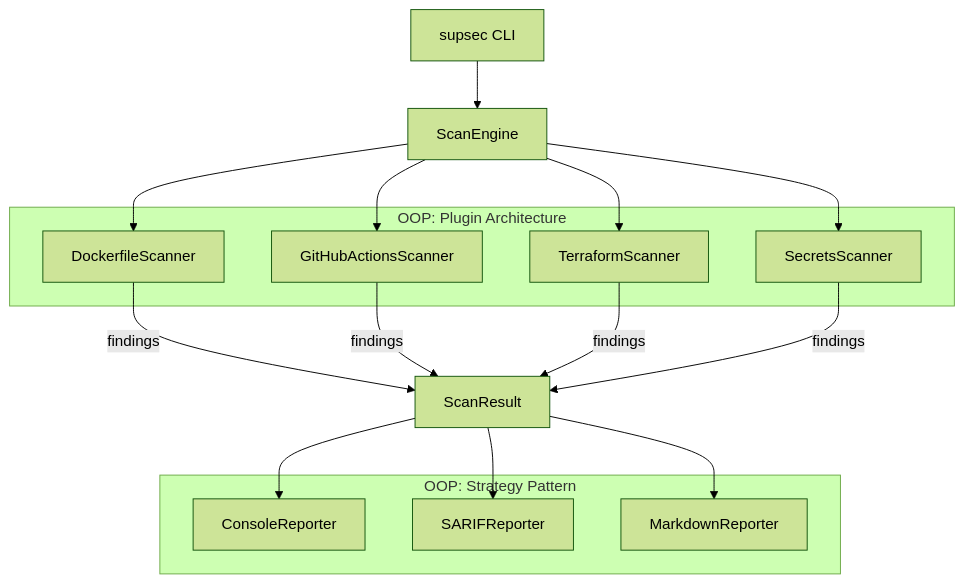
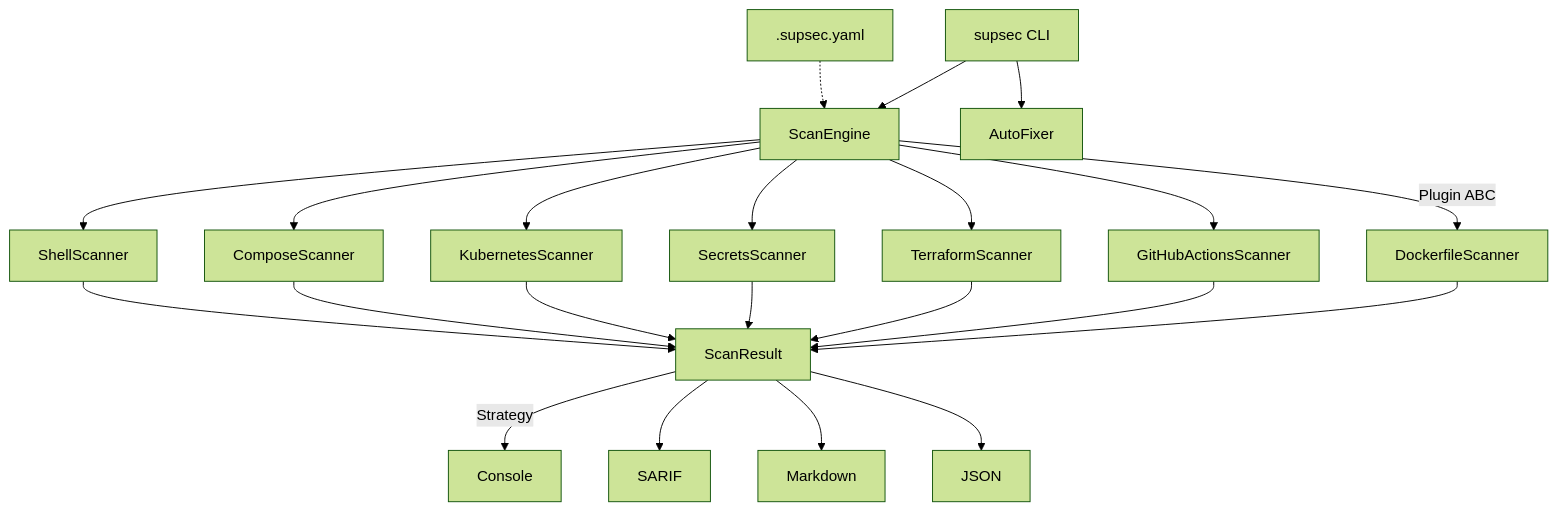
Before and after one commit to jmunozti/supSec: the diagram in README.md, drawn with Mermaid (forest theme). The commit also changed other lines of this file, not shown here.

````diff
--- a/README.md
+++ b/README.md
@@ -69,30 +60,18 @@
 ```mermaid
 flowchart TD
     CLI[supsec CLI] --> Engine[ScanEngine]
-    Engine --> DS[DockerfileScanner]
-    Engine --> GS[GitHubActionsScanner]
-    Engine --> TS[TerraformScanner]
-    Engine --> SS[SecretsScanner]
-
-    DS --> |findings| Result[ScanResult]
-    GS --> |findings| Result
-    TS --> |findings| Result
-    SS --> |findings| Result
-
-    Result --> CR[ConsoleReporter]
-    Result --> SR[SARIFReporter]
-    Result --> MR[MarkdownReporter]
-
-    subgraph "OOP: Plugin Architecture"
-        DS
-        GS
-        TS
-        SS
-    end
-
-    subgraph "OOP: Strategy Pattern"
-        CR
-        SR
-        MR
-    end
+    Engine --> |"Plugin ABC"| S1[DockerfileScanner]
+    Engine --> S2[GitHubActionsScanner]
+    Engine --> S3[TerraformScanner]
+    Engine --> S4[SecretsScanner]
+    Engine --> S5[KubernetesScanner]
+    Engine --> S6[ComposeScanner]
+    Engine --> S7[ShellScanner]
+    S1 & S2 & S3 & S4 & S5 & S6 & S7 --> Result[ScanResult]
+    Result --> |"Strategy"| R1[Console]
+    Result --> R2[SARIF]
+    Result --> R3[Markdown]
+    Result --> R4[JSON]
+    Config[.supsec.yaml] -.-> Engine
+    CLI --> Fixer[AutoFixer]
 ```
````
